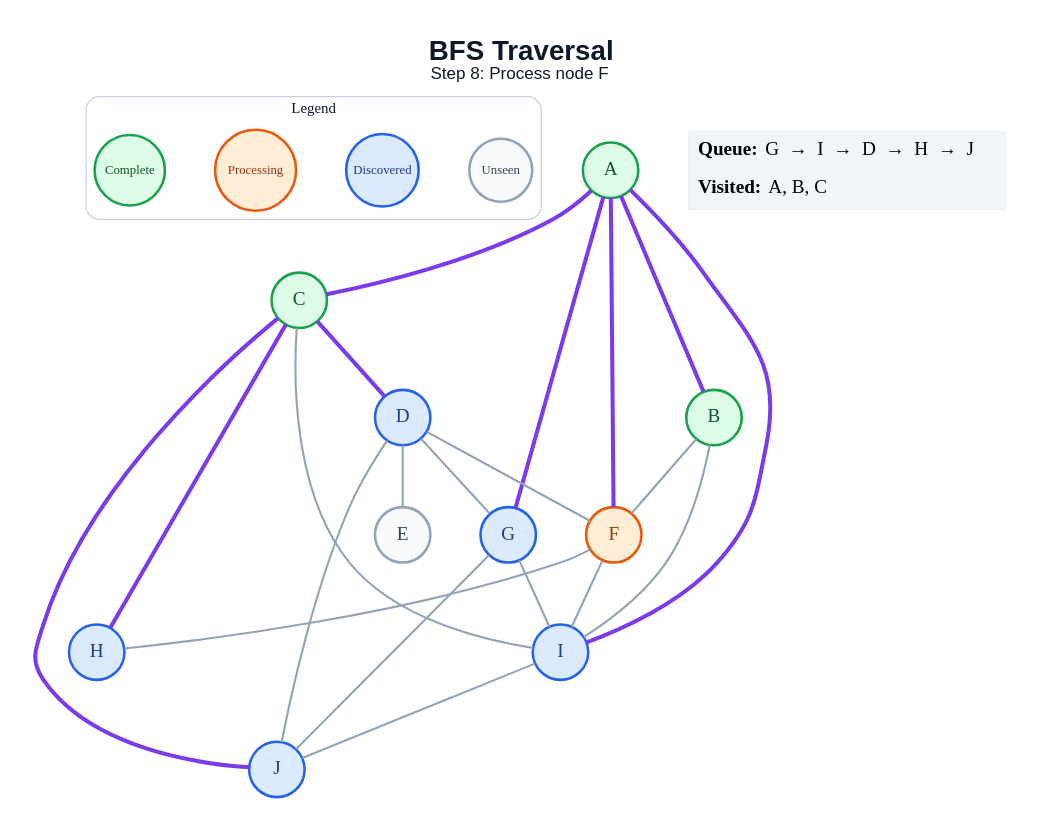
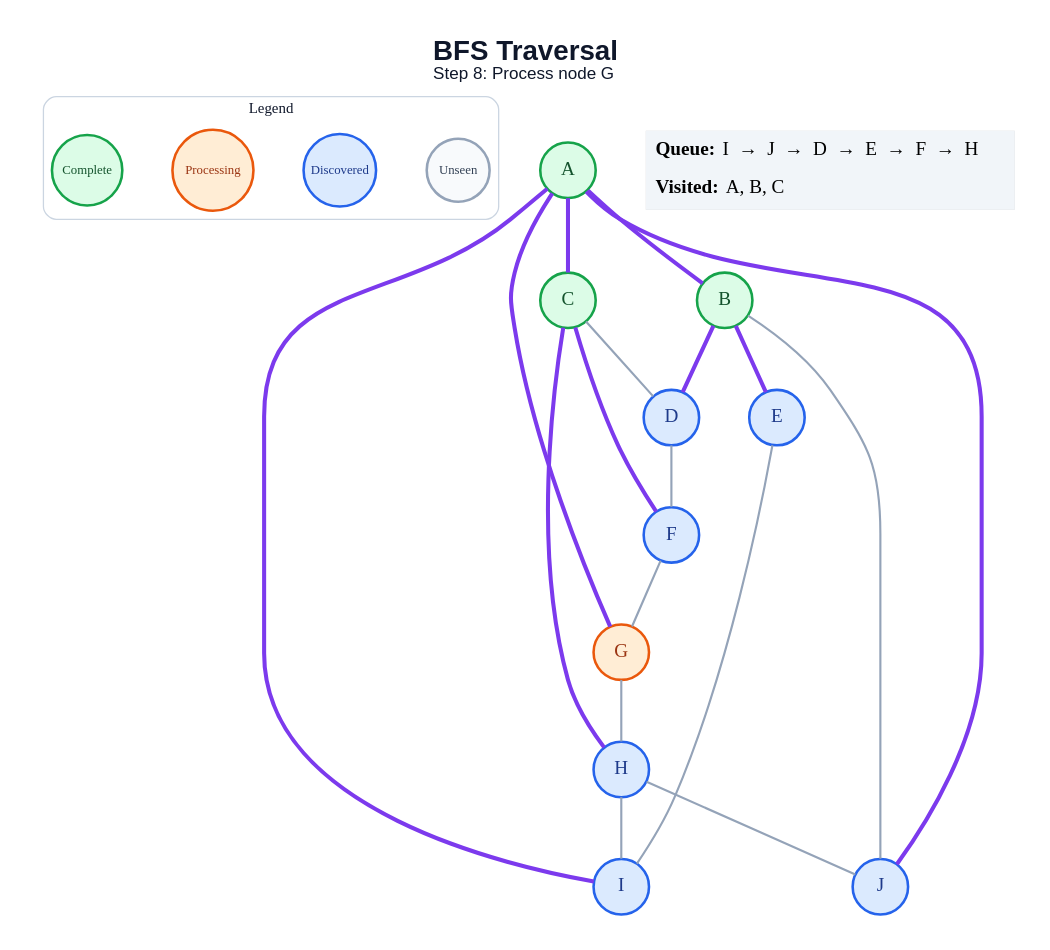
The diagram in generated/bfs/step_08.dot (amanghodawala9/ai-slop), drawn with Graphviz before and after one commit. The commit also changed 178 other files, not shown here.

```diff
--- a/generated/bfs/step_08.dot
+++ b/generated/bfs/step_08.dot
@@ -1,49 +1,46 @@
 graph traversal {
   graph [layout=dot, rankdir=TB, bgcolor="#FFFFFF", pad="0.35", nodesep="0.65", ranksep="0.8", fontname="Arial"];
   node [shape=circle, style="filled", fontname="Arial Bold", fontsize=18, width=0.72, fixedsize=true, penwidth=2.4];
   edge [color="#94A3B8", penwidth=2.0];
-  label=<<B>BFS Traversal</B><BR/><FONT POINT-SIZE="16">Step 8: Process node F</FONT>>; labelloc="t"; fontsize=26; fontname="Arial"; fontcolor="#0F172A";
+  label=<<B>BFS Traversal</B><BR/><FONT POINT-SIZE="16">Step 8: Process node G</FONT>>; labelloc="t"; fontsize=26; fontname="Arial"; fontcolor="#0F172A";
   subgraph cluster_legend { label="Legend"; color="#CBD5E1"; penwidth=1.2; style="rounded"; fontsize=14; fontname="Arial Bold";
     key_unseen [label="Unseen", fillcolor="#F8FAFC", color="#94A3B8", fontcolor="#334155", fontsize=12, width=0.82];
     key_frontier [label="Discovered", fillcolor="#DBEAFE", color="#2563EB", fontcolor="#1E3A8A", fontsize=12, width=0.95];
     key_current [label="Processing", fillcolor="#FFEDD5", color="#EA580C", fontcolor="#9A3412", fontsize=12, width=1.05];
     key_done [label="Complete", fillcolor="#DCFCE7", color="#16A34A", fontcolor="#14532D", fontsize=12, width=0.92];
     { rank=same; key_unseen; key_frontier; key_current; key_done; }
   }
   A [fillcolor="#DCFCE7", color="#16A34A", fontcolor="#14532D"];
   B [fillcolor="#DCFCE7", color="#16A34A", fontcolor="#14532D"];
   C [fillcolor="#DCFCE7", color="#16A34A", fontcolor="#14532D"];
   D [fillcolor="#DBEAFE", color="#2563EB", fontcolor="#1E3A8A"];
-  E [fillcolor="#F8FAFC", color="#94A3B8", fontcolor="#334155"];
-  F [fillcolor="#FFEDD5", color="#EA580C", fontcolor="#9A3412"];
-  G [fillcolor="#DBEAFE", color="#2563EB", fontcolor="#1E3A8A"];
+  E [fillcolor="#DBEAFE", color="#2563EB", fontcolor="#1E3A8A"];
+  F [fillcolor="#DBEAFE", color="#2563EB", fontcolor="#1E3A8A"];
+  G [fillcolor="#FFEDD5", color="#EA580C", fontcolor="#9A3412"];
   H [fillcolor="#DBEAFE", color="#2563EB", fontcolor="#1E3A8A"];
   I [fillcolor="#DBEAFE", color="#2563EB", fontcolor="#1E3A8A"];
   J [fillcolor="#DBEAFE", color="#2563EB", fontcolor="#1E3A8A"];
   A -- B [color="#7C3AED", penwidth=3.8];
   A -- C [color="#7C3AED", penwidth=3.8];
-  A -- F [color="#7C3AED", penwidth=3.8];
   A -- G [color="#7C3AED", penwidth=3.8];
   A -- I [color="#7C3AED", penwidth=3.8];
-  B -- F;
-  B -- I;
-  C -- D [color="#7C3AED", penwidth=3.8];
+  A -- J [color="#7C3AED", penwidth=3.8];
+  B -- D [color="#7C3AED", penwidth=3.8];
+  B -- E [color="#7C3AED", penwidth=3.8];
+  B -- J;
+  C -- D;
+  C -- F [color="#7C3AED", penwidth=3.8];
   C -- H [color="#7C3AED", penwidth=3.8];
-  C -- I;
-  C -- J [color="#7C3AED", penwidth=3.8];
-  D -- E;
   D -- F;
-  D -- G;
-  D -- J;
-  F -- H;
-  F -- I;
-  G -- I;
-  G -- J;
-  I -- J;
+  E -- I;
+  F -- G;
+  G -- H;
+  H -- I;
+  H -- J;
   status [shape=plain, fixedsize=false, width=0, height=0, margin=0, label=<
     <TABLE BORDER="0" CELLBORDER="0" CELLPADDING="7" BGCOLOR="#F1F5F9">
-      <TR><TD ALIGN="LEFT"><B>Queue:</B> G  →  I  →  D  →  H  →  J</TD></TR>
+      <TR><TD ALIGN="LEFT"><B>Queue:</B> I  →  J  →  D  →  E  →  F  →  H</TD></TR>
       <TR><TD ALIGN="LEFT"><B>Visited:</B> A, B, C</TD></TR>
     </TABLE>
   >];
 }
```
